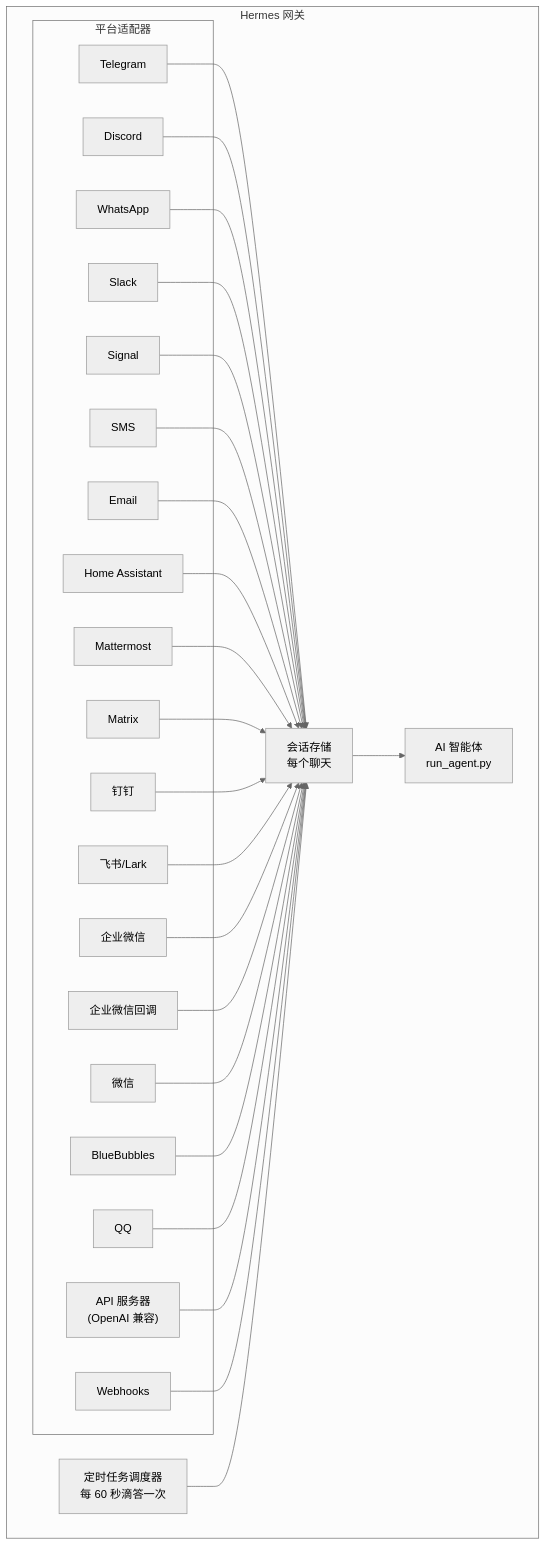
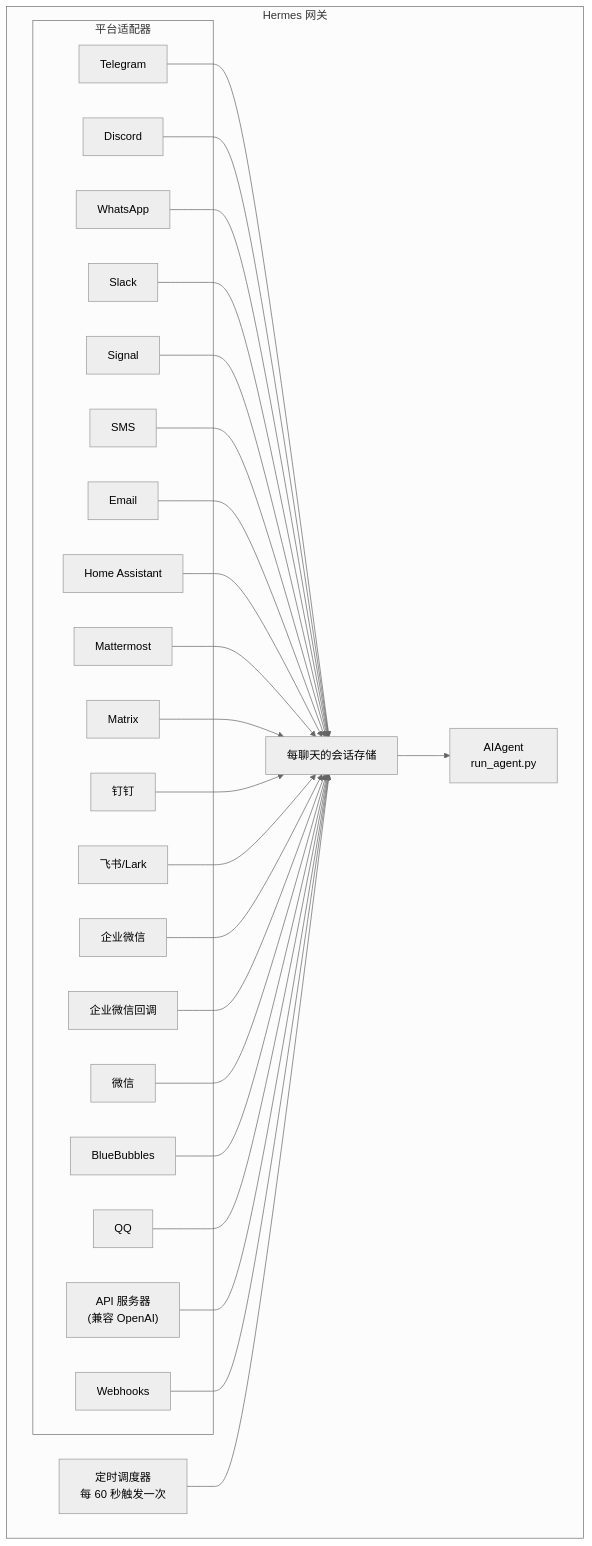
Before and after one commit to renxia/hermes-agent-docs: the diagram in i18n/zh-CN/docusaurus-plugin-content-docs/current/user-guide/messaging/index.md, drawn with Mermaid (neutral theme). The commit also changed other lines of this file and 112 other files, not shown here.

````diff
--- a/i18n/zh-CN/docusaurus-plugin-content-docs/current/user-guide/messaging/index.md
+++ b/i18n/zh-CN/docusaurus-plugin-content-docs/current/user-guide/messaging/index.md
@@ -39,52 +39,52 @@
 ```mermaid
 flowchart TB
     subgraph Gateway["Hermes 网关"]
         subgraph Adapters["平台适配器"]
             tg[Telegram]
             dc[Discord]
             wa[WhatsApp]
             sl[Slack]
             sig[Signal]
             sms[SMS]
             em[Email]
             ha[Home Assistant]
             mm[Mattermost]
             mx[Matrix]
             dt[钉钉]
     fs[飞书/Lark]
     wc[企业微信]
     wcb[企业微信回调]
     wx[微信]
     bb[BlueBubbles]
     qq[QQ]
-            api["API 服务器<br/>(OpenAI 兼容)"]
+            api["API 服务器<br/>(兼容 OpenAI)"]
             wh[Webhooks]
         end
 
-        store["会话存储<br/>每个聊天"]
-        agent["AI 智能体<br/>run_agent.py"]
-        cron["定时任务调度器<br/>每 60 秒滴答一次"]
+        store["每聊天的会话存储"]
+        agent["AIAgent<br/>run_agent.py"]
+        cron["定时调度器<br/>每 60 秒触发一次"]
     end
 
     tg --> store
     dc --> store
     wa --> store
     sl --> store
     sig --> store
     sms --> store
     em --> store
     ha --> store
     mm --> store
     mx --> store
     dt --> store
     fs --> store
     wc --> store
     wcb --> store
     wx --> store
     bb --> store
     qq --> store
     api --> store
     wh --> store
     store --> agent
     cron --> store
 ```
````
